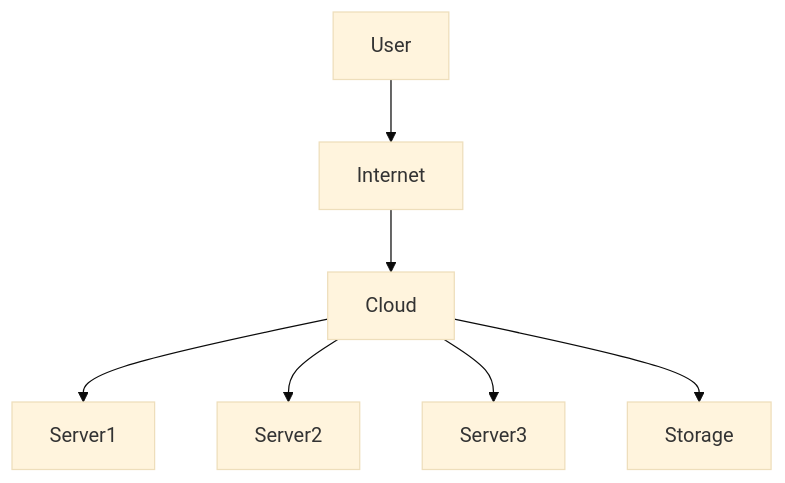
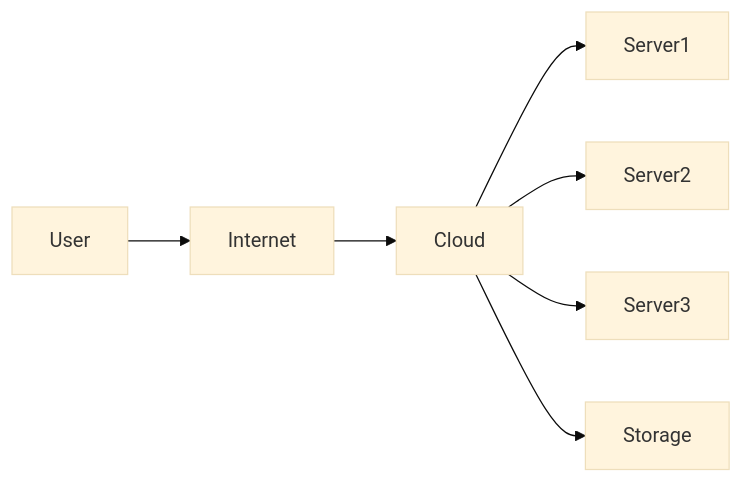
The third of 12 diagrams in content/articles/capitulo-1.md (AlexJYad/F5-web-knowledge), drawn with Mermaid (base theme) before and after one commit. The commit also changed other lines of this file, not shown here.

Commit message:
fix: md 1.1 mermaid SPA/SSR/SSG

````diff
--- a/content/articles/capitulo-1.md
+++ b/content/articles/capitulo-1.md
@@ -140,9 +140,9 @@
 ```mermaid
-graph TD
-User --> Internet
-Internet --> Cloud
-Cloud --> Server1
-Cloud --> Server2
-Cloud --> Server3
-Cloud --> Storage
+flowchart LR
+   User --> Internet
+   Internet --> Cloud
+   Cloud --> Server1
+   Cloud --> Server2
+   Cloud --> Server3
+   Cloud --> Storage
 ```
````
